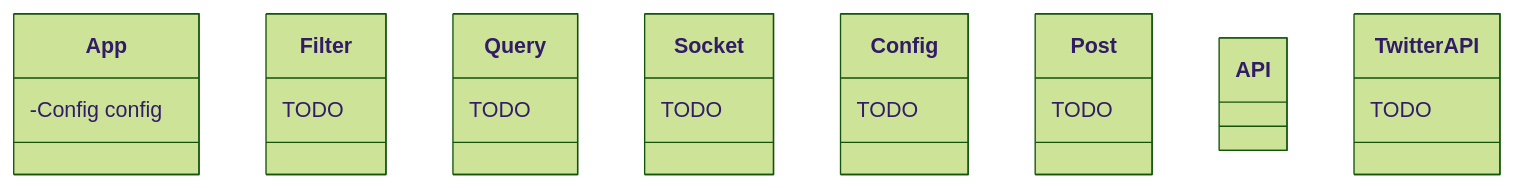
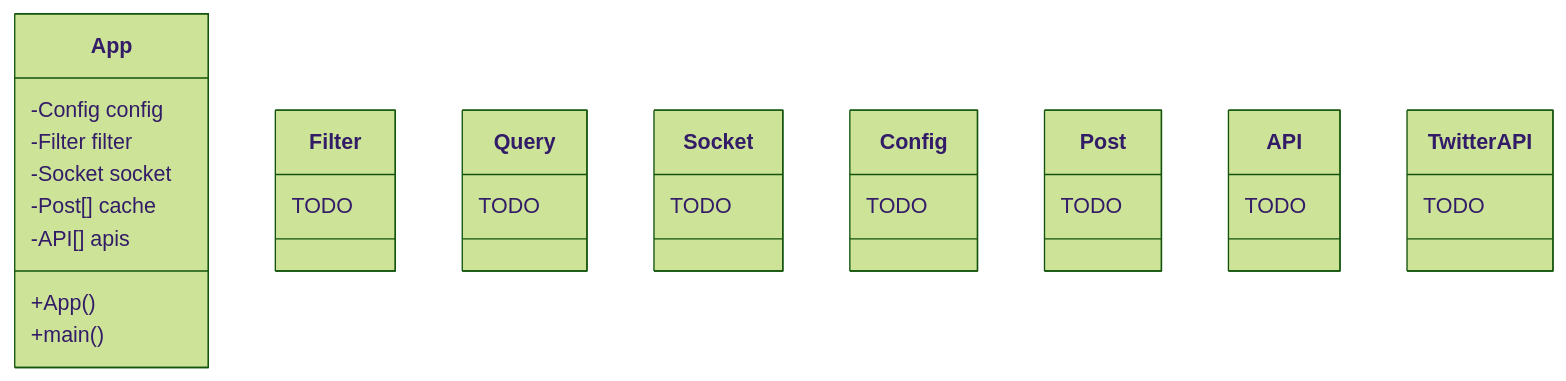
Before and after one commit to WallCaster/WallCaster: the first of 3 diagrams in doc/architecture-report.md, drawn with Mermaid (forest theme).

Commit message:
diagramme classe app

````diff
--- a/doc/architecture-report.md
+++ b/doc/architecture-report.md
@@ -10,36 +10,42 @@
 ```mermaid
 classDiagram
 class App {
   -Config config
+  -Filter filter
+  -Socket socket
+  -Post[] cache
+  -API[] apis
+
+  +App()
+  +main()
 }
 
 class Filter {
   TODO 
 }
 
 class Query {
   TODO 
 }
 
 class Socket {
   TODO 
 }
 
 class Config {
   TODO 
 }
 
 class Post {
   TODO 
 }
 
 class API {
-
+  TODO
 }
 
 class TwitterAPI {
   TODO 
 }
 
-
 ```
````
